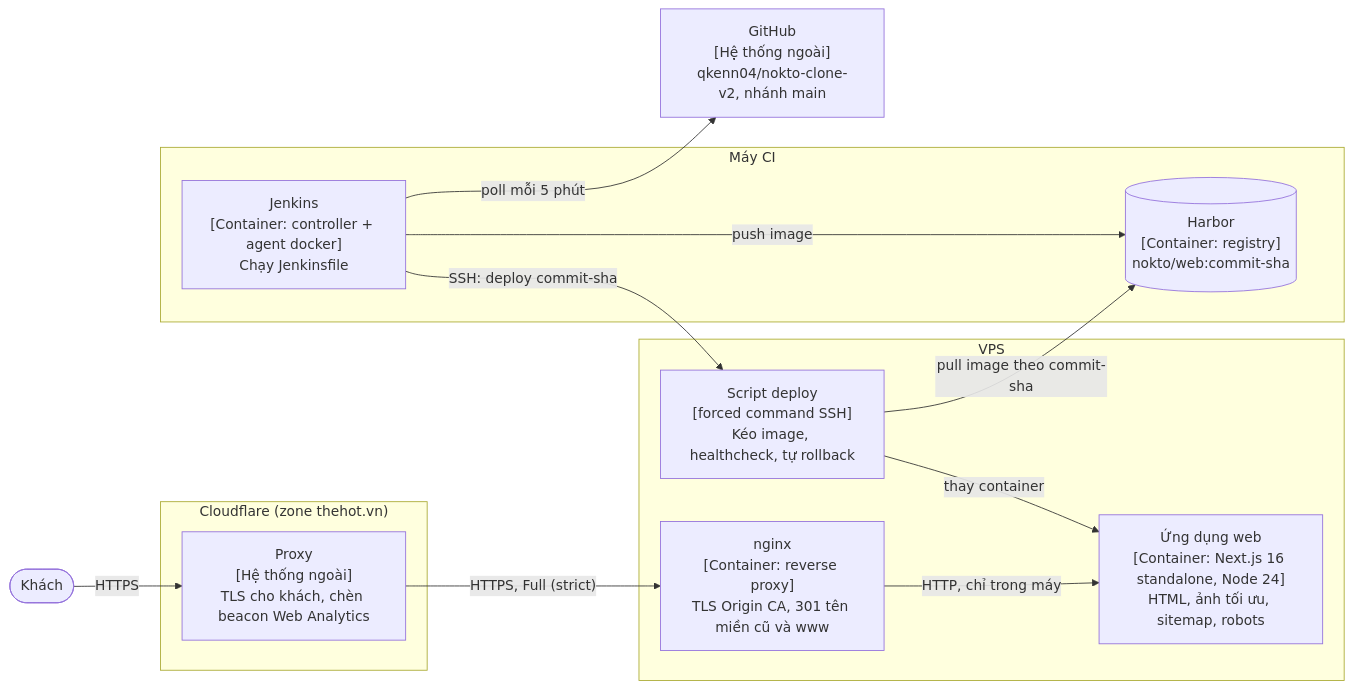
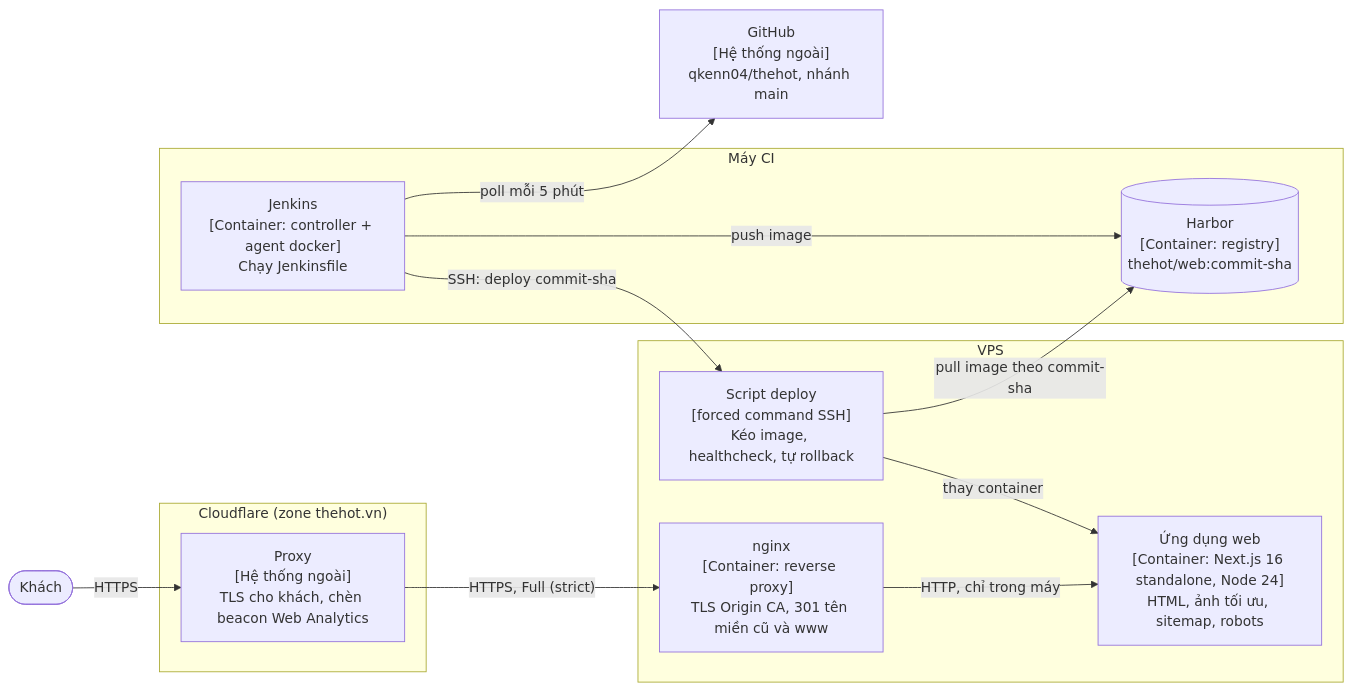
Before and after one commit to qkenn04/nokto-clone-v2: the second of 4 diagrams in docs/architecture/ARCHITECTURE.md, drawn with Mermaid. The commit also changed other lines of this file and 17 other files, not shown here.

````diff
--- a/docs/architecture/ARCHITECTURE.md
+++ b/docs/architecture/ARCHITECTURE.md
@@ -54,26 +54,26 @@
 ```mermaid
 flowchart LR
   guest(["Khách"])
   subgraph EDGE["Cloudflare (zone thehot.vn)"]
     cf["Proxy<br/>[Hệ thống ngoài]<br/>TLS cho khách, chèn beacon Web Analytics"]
   end
   subgraph VPS["VPS"]
     nginx["nginx<br/>[Container: reverse proxy]<br/>TLS Origin CA, 301 tên miền cũ và www"]
     web["Ứng dụng web<br/>[Container: Next.js 16 standalone, Node 24]<br/>HTML, ảnh tối ưu, sitemap, robots"]
     deploy["Script deploy<br/>[forced command SSH]<br/>Kéo image, healthcheck, tự rollback"]
   end
   subgraph CI["Máy CI"]
     jenkins["Jenkins<br/>[Container: controller + agent docker]<br/>Chạy Jenkinsfile"]
-    harbor[("Harbor<br/>[Container: registry]<br/>nokto/web:commit-sha")]
+    harbor[("Harbor<br/>[Container: registry]<br/>thehot/web:commit-sha")]
   end
-  github["GitHub<br/>[Hệ thống ngoài]<br/>qkenn04/nokto-clone-v2, nhánh main"]
+  github["GitHub<br/>[Hệ thống ngoài]<br/>qkenn04/thehot, nhánh main"]
 
   guest -->|"HTTPS"| cf
   cf -->|"HTTPS, Full (strict)"| nginx
   nginx -->|"HTTP, chỉ trong máy"| web
   jenkins -->|"poll mỗi 5 phút"| github
   jenkins -->|"push image"| harbor
   jenkins -->|"SSH: deploy commit-sha"| deploy
   deploy -->|"pull image theo commit-sha"| harbor
   deploy -->|"thay container"| web
 ```
````
